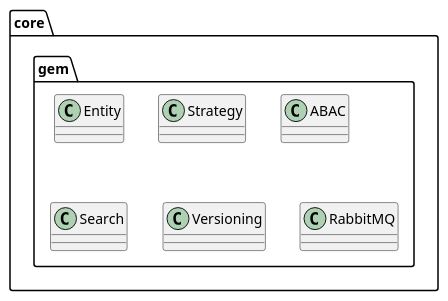
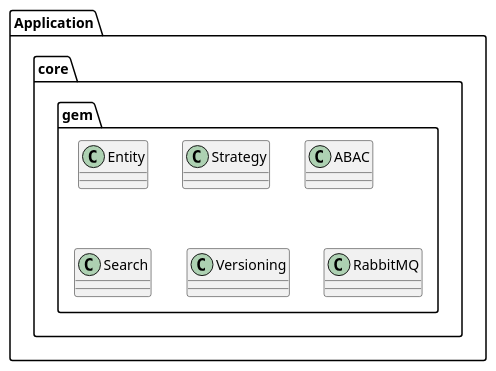
The first of 2 diagrams in ocp/slides.md (sergio-fry/slides), drawn with PlantUML before and after one commit. The commit also changed other lines of this file, not shown here.

````diff
--- a/ocp/slides.md
+++ b/ocp/slides.md
@@ -74,16 +74,18 @@
 ```plantuml
-package "core.gem" {
-  class Entity {
-  }
-  class Strategy {
-  }
-  class ABAC {
-  }
-  class Search {
-  }
-  class Versioning {
-  }
-  class RabbitMQ {
-  }
+package Application {
+	package "core.gem" {
+	  class Entity {
+	  }
+	  class Strategy {
+	  }
+	  class ABAC {
+	  }
+	  class Search {
+	  }
+	  class Versioning {
+	  }
+	  class RabbitMQ {
+	  }
+	}
 }
 ```
````
